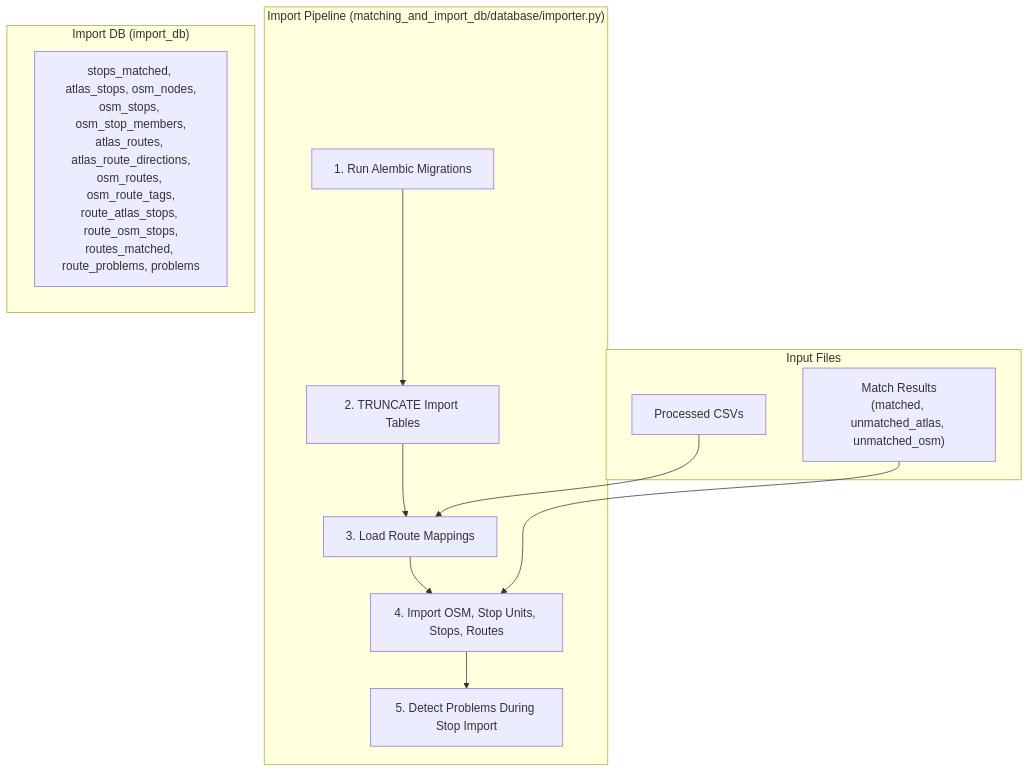
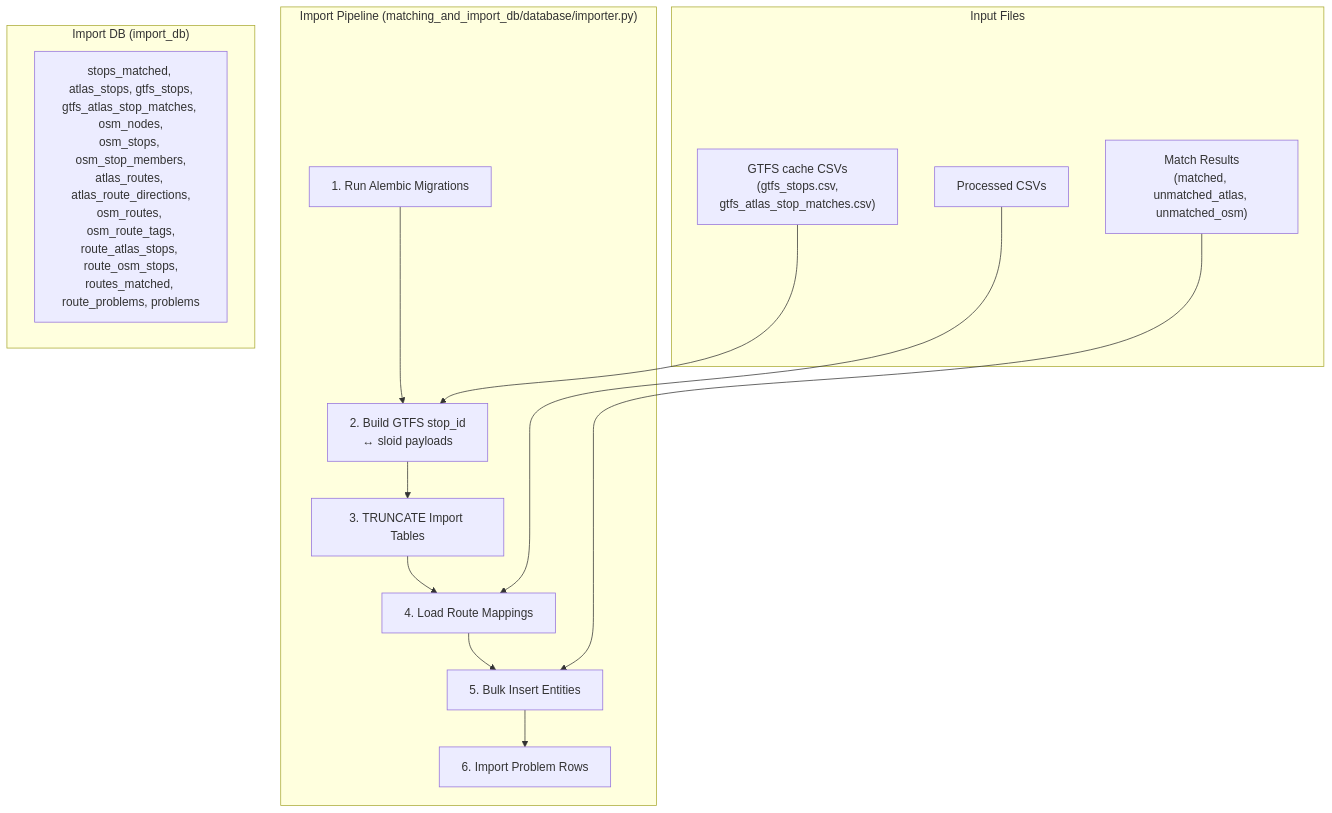
The diagram in documentation/4.1 Import Process.md (openTdataCH/stop_sync_osm_atlas), drawn with Mermaid before and after one commit. The commit also changed other lines of this file and 26 other files, not shown here.

````diff
--- a/documentation/4.1 Import Process.md
+++ b/documentation/4.1 Import Process.md
@@ -7,23 +12,26 @@
 ```mermaid
 flowchart TB
     subgraph Input["Input Files"]
         CSV["Processed CSVs"]
+        GTFS["GTFS cache CSVs<br/>(gtfs_stops.csv,<br/>gtfs_atlas_stop_matches.csv)"]
         Match["Match Results<br/>(matched, unmatched_atlas, unmatched_osm)"]
     end
 
     subgraph Import["Import Pipeline (matching_and_import_db/database/importer.py)"]
         M["1. Run Alembic Migrations"]
-        C["2. TRUNCATE Import Tables"]
-        R["3. Load Route Mappings"]
-        I["4. Import OSM, Stop Units, Stops, Routes"]
-        P["5. Detect Problems During Stop Import"]
-        M --> C --> R --> I --> P
+        G["2. Build GTFS stop_id<br/>↔ sloid payloads"]
+        C["3. TRUNCATE Import Tables"]
+        R["4. Load Route Mappings"]
+        I["5. Bulk Insert Entities"]
+        P["6. Import Problem Rows"]
+        M --> G --> C --> R --> I --> P
     end
 
     subgraph ImportDB["Import DB (import_db)"]
-        Op["stops_matched, atlas_stops, osm_nodes,<br/>osm_stops, osm_stop_members,<br/>atlas_routes, atlas_route_directions,<br/>osm_routes, osm_route_tags,<br/>route_atlas_stops, route_osm_stops,<br/>routes_matched, route_problems, problems"]
+        Op["stops_matched, atlas_stops, gtfs_stops,<br/>gtfs_atlas_stop_matches, osm_nodes,<br/>osm_stops, osm_stop_members,<br/>atlas_routes, atlas_route_directions,<br/>osm_routes, osm_route_tags,<br/>route_atlas_stops, route_osm_stops,<br/>routes_matched, route_problems, problems"]
     end
 
     CSV --> R
+    GTFS --> G
     Match --> I
 ```
````
